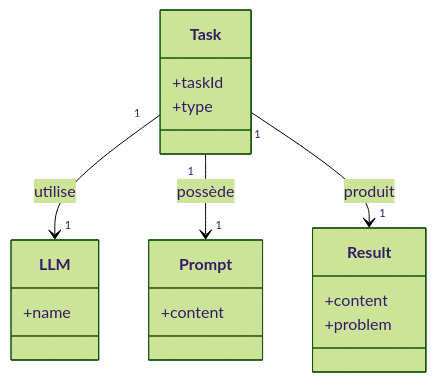
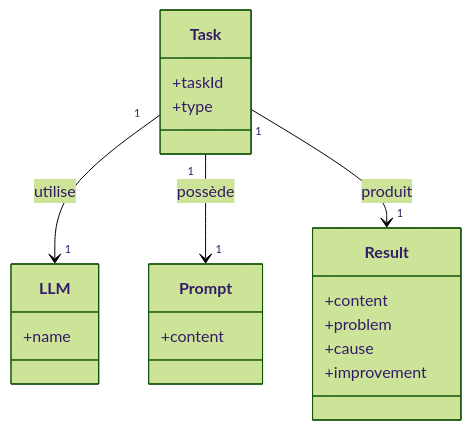
The diagram in diagram_class.md (danilblm/ArtificialInquiries_10.a), drawn with Mermaid (forest theme) before and after one commit. The commit also changed 2 other files, not shown here.

Commit message:
Ajout du vocabulaire artinq, du diagramme mis à jour et de l'export omk.sql

````diff
--- a/diagram_class.md
+++ b/diagram_class.md
@@ -3,25 +3,27 @@
 ```mermaid
 classDiagram
 
     Task "1" --> "1" LLM : utilise
     Task "1" --> "1" Prompt : possède
     Task "1" --> "1" Result : produit
 
     class Task {
         +taskId
         +type
     }
 
     class LLM {
         +name
     }
 
     class Prompt {
         +content
     }
 
     class Result {
         +content
         +problem
+        +cause
+        +improvement
     }
 ```
````
